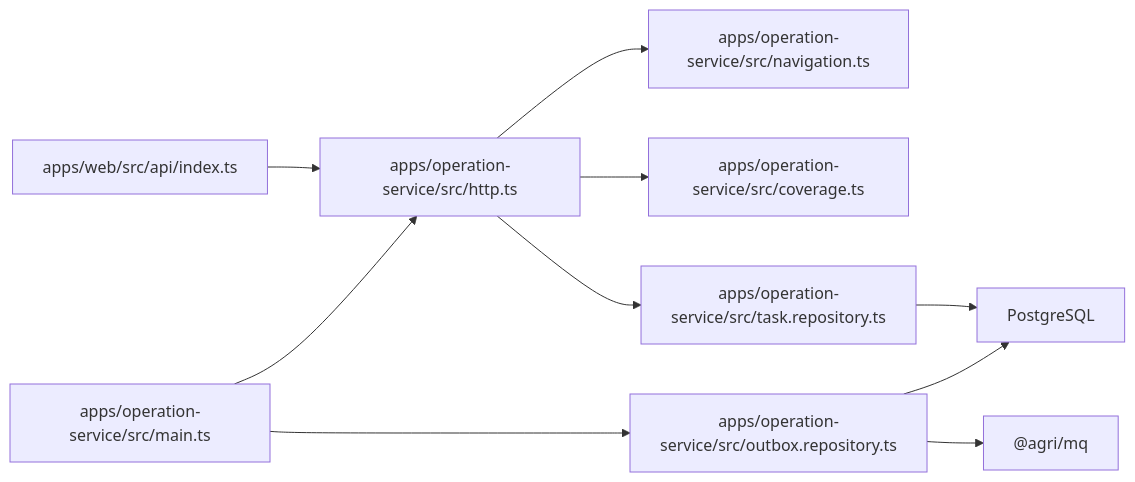
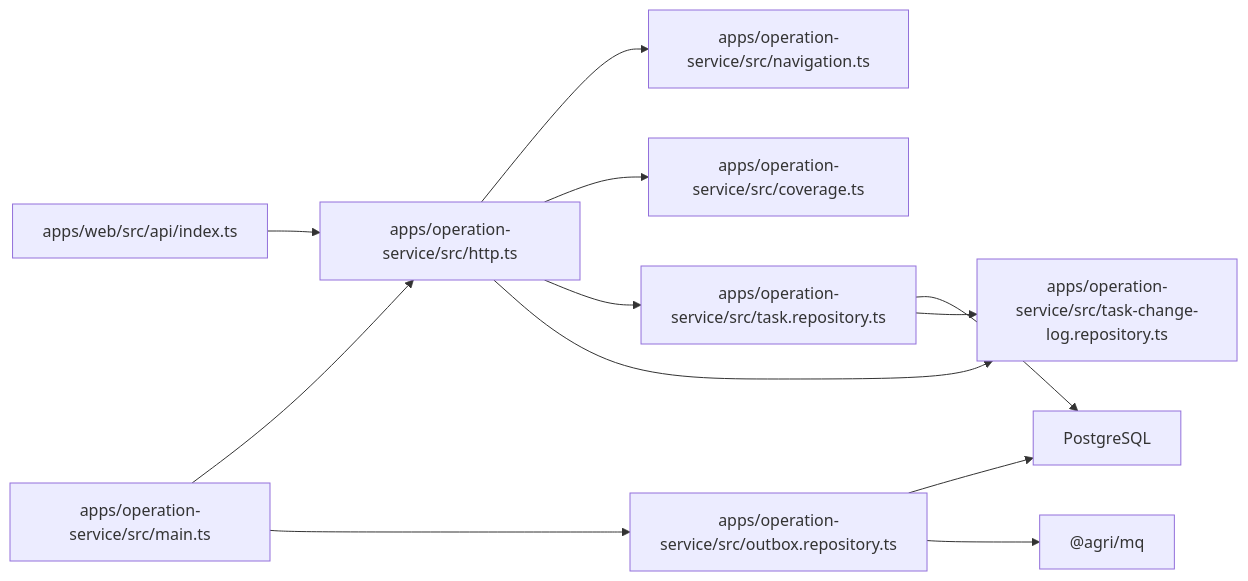
One commit to q446328246/agri-platform changed the ninth of 10 diagrams in .qoder/repowiki/zh/content/核心服务文档/作业服务.md. Above: the diagram before and after it, drawn with Mermaid. The commit also changed other lines of this file and 38 other files, not shown here.

````diff
--- a/.qoder/repowiki/zh/content/核心服务文档/作业服务.md
+++ b/.qoder/repowiki/zh/content/核心服务文档/作业服务.md
@@ -371,12 +438,14 @@
 ```mermaid
 graph LR
 WebAPI["apps/web/src/api/index.ts"] --> HTTP["apps/operation-service/src/http.ts"]
 HTTP --> NAV["apps/operation-service/src/navigation.ts"]
 HTTP --> COV["apps/operation-service/src/coverage.ts"]
 HTTP --> TASK["apps/operation-service/src/task.repository.ts"]
+HTTP --> CHANGELOG["apps/operation-service/src/task-change-log.repository.ts"]
 MAIN["apps/operation-service/src/main.ts"] --> HTTP
 MAIN --> OUTBOX["apps/operation-service/src/outbox.repository.ts"]
 TASK --> DB["PostgreSQL"]
+TASK --> CHANGELOG
 OUTBOX --> DB
 OUTBOX --> MQ["@agri/mq"]
 ```
````
